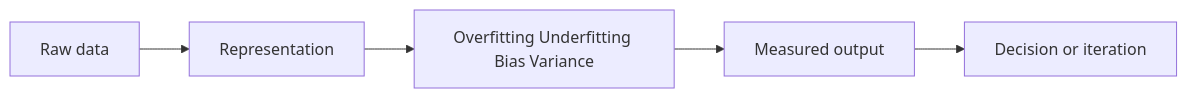
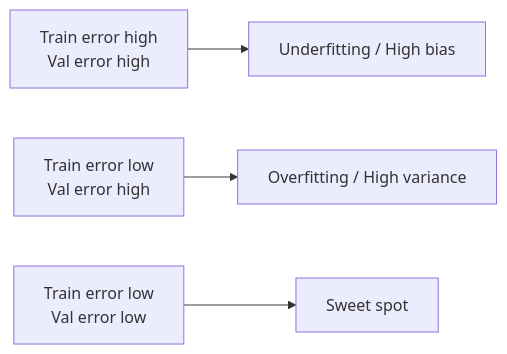
Before and after one commit to Icon1cc/Machine-Learning: the diagram in fundamentals/05-overfitting-underfitting-bias-variance.md, drawn with Mermaid. The commit also changed other lines of this file and 264 other files, not shown here.

````diff
--- a/fundamentals/05-overfitting-underfitting-bias-variance.md
+++ b/fundamentals/05-overfitting-underfitting-bias-variance.md
@@ -92,7 +62,6 @@
 ```mermaid
 flowchart LR
-    A[Raw data] --> B[Representation]
-    B --> C[Overfitting Underfitting Bias Variance]
-    C --> D[Measured output]
-    D --> E[Decision or iteration]
+    A[Train error high<br/>Val error high] --> B[Underfitting / High bias]
+    C[Train error low<br/>Val error high] --> D[Overfitting / High variance]
+    E[Train error low<br/>Val error low] --> F[Sweet spot]
 ```
````
